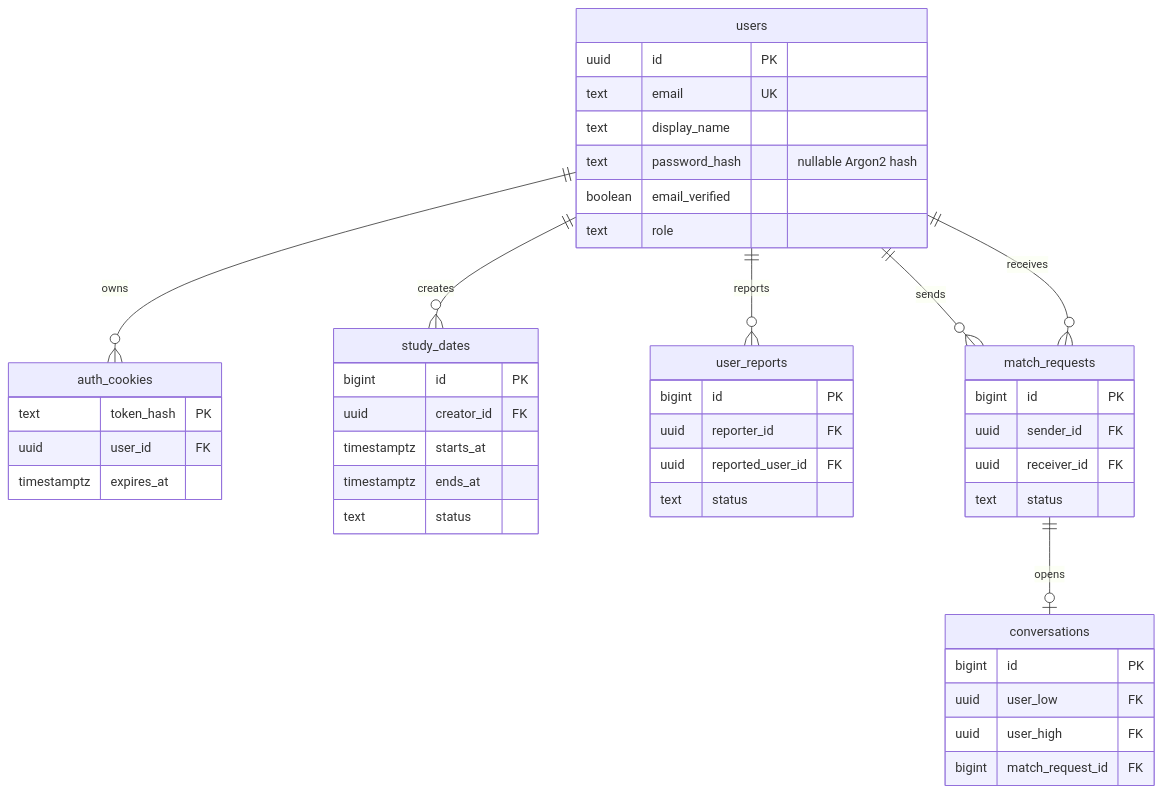
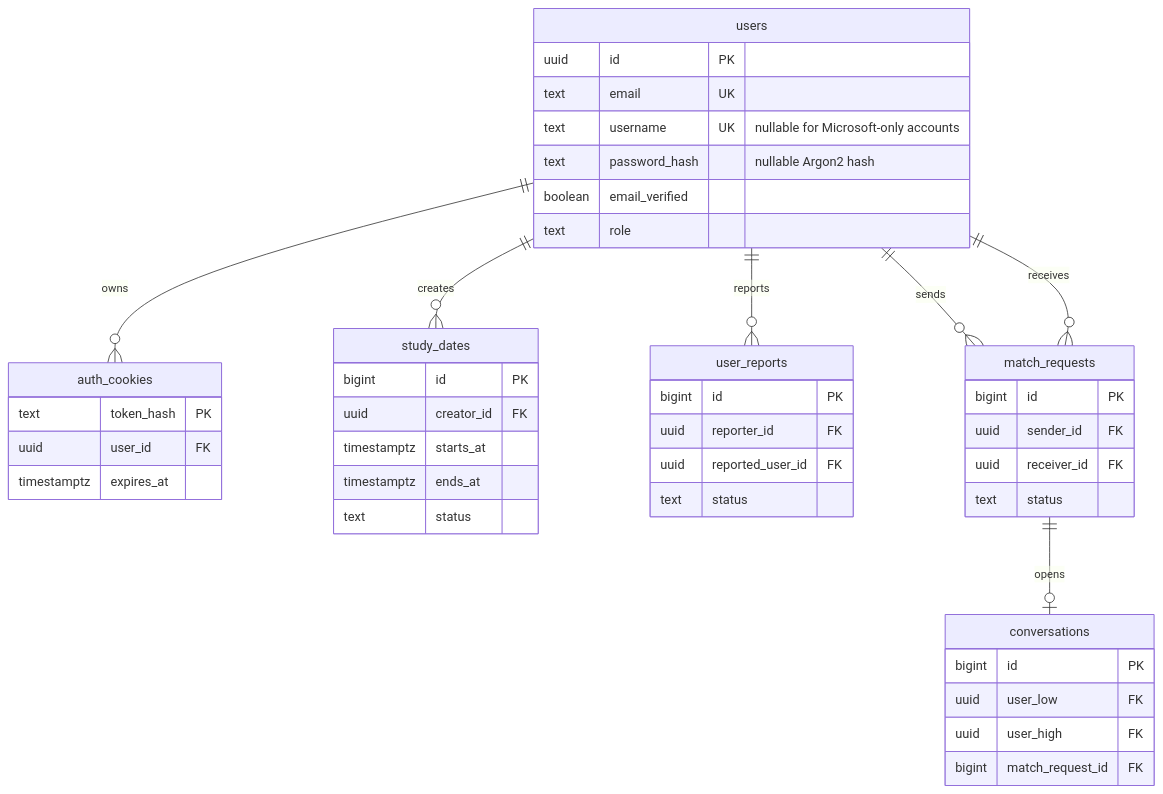
Before and after one commit to SE-FDA-NEU-AI66B/G8-DatingApp-AI66B: the second of 2 diagrams in docs/design.md, drawn with Mermaid. The commit also changed other lines of this file and 18 other files, not shown here.

````diff
--- a/docs/design.md
+++ b/docs/design.md
@@ -22,47 +22,47 @@
 ```mermaid
 erDiagram
     users ||--o{ auth_cookies : owns
     users ||--o{ study_dates : creates
     users ||--o{ user_reports : reports
     users ||--o{ match_requests : sends
     users ||--o{ match_requests : receives
     match_requests ||--o| conversations : opens
     users {
         uuid id PK
         text email UK
-        text display_name
+        text username UK "nullable for Microsoft-only accounts"
         text password_hash "nullable Argon2 hash"
         boolean email_verified
         text role
     }
     auth_cookies {
         text token_hash PK
         uuid user_id FK
         timestamptz expires_at
     }
     study_dates {
         bigint id PK
         uuid creator_id FK
         timestamptz starts_at
         timestamptz ends_at
         text status
     }
     user_reports {
         bigint id PK
         uuid reporter_id FK
         uuid reported_user_id FK
         text status
     }
     match_requests {
         bigint id PK
         uuid sender_id FK
         uuid receiver_id FK
         text status
     }
     conversations {
         bigint id PK
         uuid user_low FK
         uuid user_high FK
         bigint match_request_id FK
     }
 ```
````
